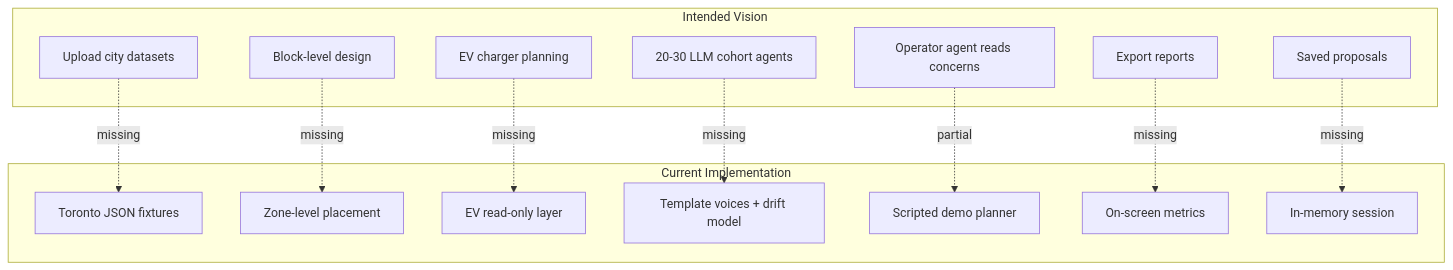
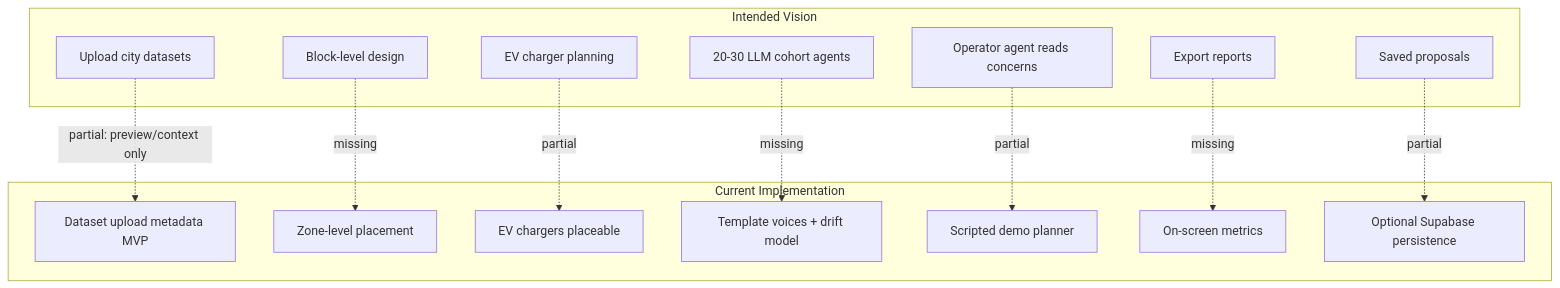
The diagram in docs/audit/vision_gap_analysis.md (DanielWLiu07/wattif), drawn with Mermaid before and after one commit. The commit also changed other lines of this file and 17 other files, not shown here.

````diff
--- a/docs/audit/vision_gap_analysis.md
+++ b/docs/audit/vision_gap_analysis.md
@@ -363,30 +363,30 @@
 ```mermaid
 flowchart TB
     subgraph vision [Intended Vision]
         Upload[Upload city datasets]
         BlockEdit[Block-level design]
         EVPlan[EV charger planning]
         CohortAI[20-30 LLM cohort agents]
         OperatorAI[Operator agent reads concerns]
         Reports[Export reports]
         Persist[Saved proposals]
     end
 
     subgraph current [Current Implementation]
-        TorontoFix[Toronto JSON fixtures]
+        DatasetMVP[Dataset upload metadata MVP]
         ZonePlace[Zone-level placement]
-        EVRead[EV read-only layer]
+        EVPlace[EV chargers placeable]
         TemplateVoices[Template voices + drift model]
         DemoPlanner[Scripted demo planner]
         OnScreen[On-screen metrics]
-        InMemory[In-memory session]
+        SupabasePersist[Optional Supabase persistence]
     end
 
-    Upload -.->|missing| TorontoFix
+    Upload -.->|partial: preview/context only| DatasetMVP
     BlockEdit -.->|missing| ZonePlace
-    EVPlan -.->|missing| EVRead
+    EVPlan -.->|partial| EVPlace
     CohortAI -.->|missing| TemplateVoices
     OperatorAI -.->|partial| DemoPlanner
     Reports -.->|missing| OnScreen
-    Persist -.->|missing| InMemory
+    Persist -.->|partial| SupabasePersist
 ```
````
